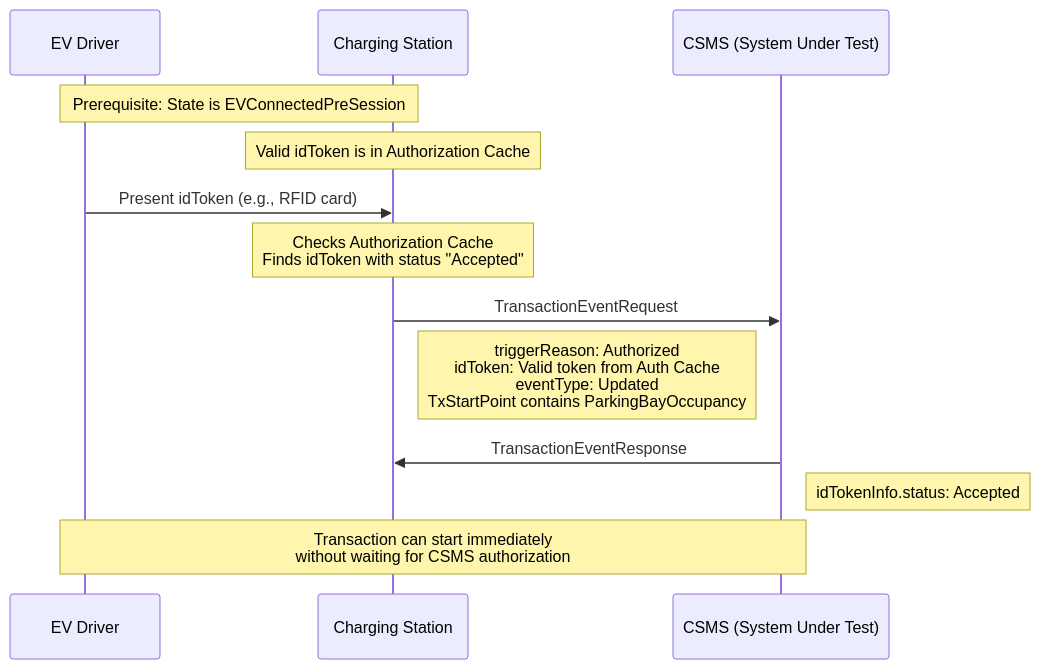
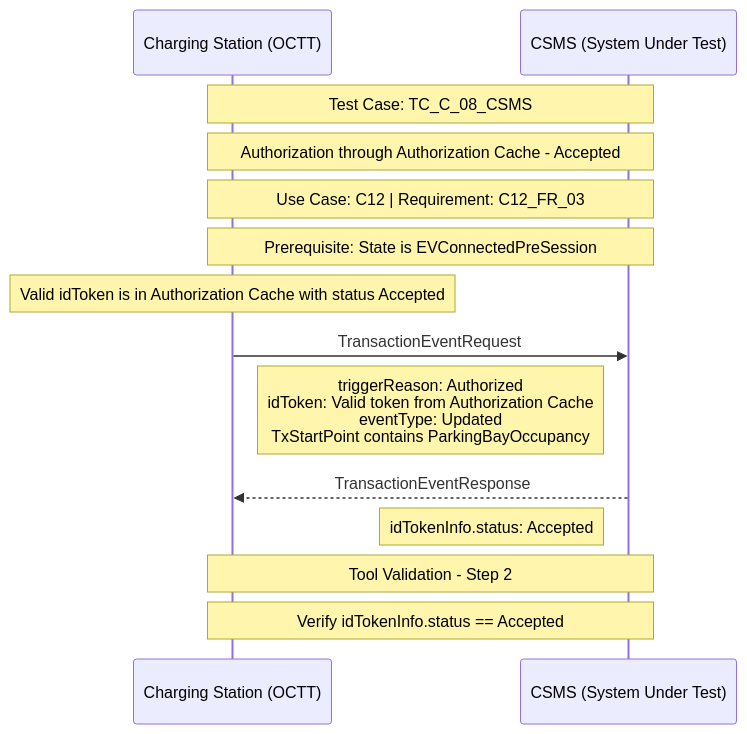
The diagram in C/test_tc_c_08_csms.mermaid (AviranAbady/tzi-OCTT), drawn with Mermaid before and after one commit. The commit also changed 547 other files, not shown here.

```diff
--- a/C/test_tc_c_08_csms.mermaid
+++ b/C/test_tc_c_08_csms.mermaid
@@ -1,18 +1,19 @@
 sequenceDiagram
-    participant EV as EV Driver
-    participant CS as Charging Station
+    participant CS as Charging Station (OCTT)
     participant CSMS as CSMS (System Under Test)
-    
-    Note over EV,CS: Prerequisite: State is EVConnectedPreSession
-    Note over CS: Valid idToken is in Authorization Cache
-    
-    EV->>CS: Present idToken (e.g., RFID card)
-    Note over CS: Checks Authorization Cache<br/>Finds idToken with status "Accepted"
-    
+
+    Note over CS, CSMS: Test Case: TC_C_08_CSMS
+    Note over CS, CSMS: Authorization through Authorization Cache - Accepted
+    Note over CS, CSMS: Use Case: C12 | Requirement: C12_FR_03
+
+    Note over CS, CSMS: Prerequisite: State is EVConnectedPreSession
+    Note over CS: Valid idToken is in Authorization Cache with status Accepted
+
     CS->>CSMS: TransactionEventRequest
-    Note right of CS: triggerReason: Authorized<br/>idToken: Valid token from Auth Cache<br/>eventType: Updated<br/>TxStartPoint contains ParkingBayOccupancy
-    
-    CSMS->>CS: TransactionEventResponse
-    Note right of CSMS: idTokenInfo.status: Accepted
-    
-    Note over EV,CSMS: Transaction can start immediately<br/>without waiting for CSMS authorization
+    Note right of CS: triggerReason: Authorized<br/>idToken: Valid token from Authorization Cache<br/>eventType: Updated<br/>TxStartPoint contains ParkingBayOccupancy
+
+    CSMS-->>CS: TransactionEventResponse
+    Note left of CSMS: idTokenInfo.status: Accepted
+
+    Note over CS, CSMS: Tool Validation - Step 2
+    Note over CS, CSMS: Verify idTokenInfo.status == Accepted
```
